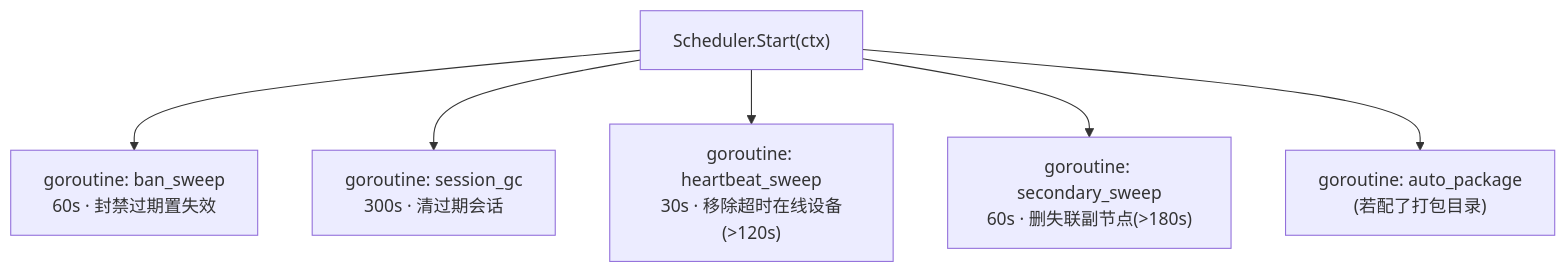
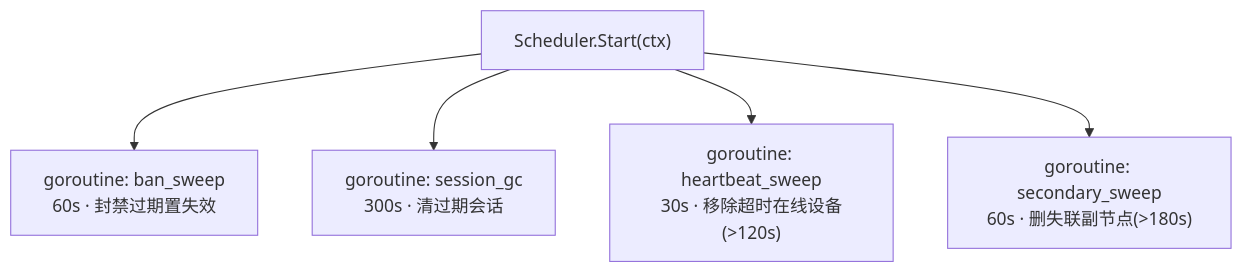
The first of 2 diagrams in contributing/server/scheduler.md (MagirecoCN-Revival-Project/magireco-cnv-docs), drawn with Mermaid before and after one commit. The commit also changed other lines of this file and 25 other files, not shown here.

````diff
--- a/contributing/server/scheduler.md
+++ b/contributing/server/scheduler.md
@@ -9,8 +9,7 @@
 ```mermaid
 flowchart TB
     START["Scheduler.Start(ctx)"] --> G1["goroutine: ban_sweep<br/>60s · 封禁过期置失效"]
     START --> G2["goroutine: session_gc<br/>300s · 清过期会话"]
     START --> G3["goroutine: heartbeat_sweep<br/>30s · 移除超时在线设备(>120s)"]
     START --> G4["goroutine: secondary_sweep<br/>60s · 删失联副节点(>180s)"]
-    START --> G5["goroutine: auto_package<br/>(若配了打包目录)"]
 ```
````
